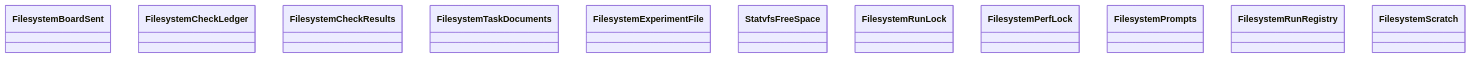
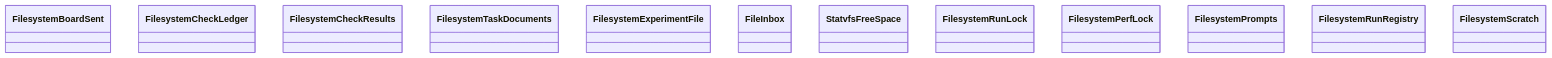
Before and after one commit to GonzaloZevallos/agentic-system: the diagram in docs/architecture/generated/classes-process-adapters-filesystem.md, drawn with Mermaid. The commit also changed 9 other files, not shown here.

````diff
--- a/docs/architecture/generated/classes-process-adapters-filesystem.md
+++ b/docs/architecture/generated/classes-process-adapters-filesystem.md
@@ -11,14 +11,15 @@
 ```mermaid
 classDiagram
     class filesystem__board_sent__FilesystemBoardSent["FilesystemBoardSent"]
     class filesystem__check_ledger__FilesystemCheckLedger["FilesystemCheckLedger"]
     class filesystem__check_results__FilesystemCheckResults["FilesystemCheckResults"]
     class filesystem__documents__FilesystemTaskDocuments["FilesystemTaskDocuments"]
     class filesystem__experiment_file__FilesystemExperimentFile["FilesystemExperimentFile"]
+    class filesystem__file_inbox__FileInbox["FileInbox"]
     class filesystem__free_space__StatvfsFreeSpace["StatvfsFreeSpace"]
     class filesystem__lock__FilesystemRunLock["FilesystemRunLock"]
     class filesystem__perf_lock__FilesystemPerfLock["FilesystemPerfLock"]
     class filesystem__prompts__FilesystemPrompts["FilesystemPrompts"]
     class filesystem__run_registry__FilesystemRunRegistry["FilesystemRunRegistry"]
     class filesystem__scratch__FilesystemScratch["FilesystemScratch"]
 ```
````
